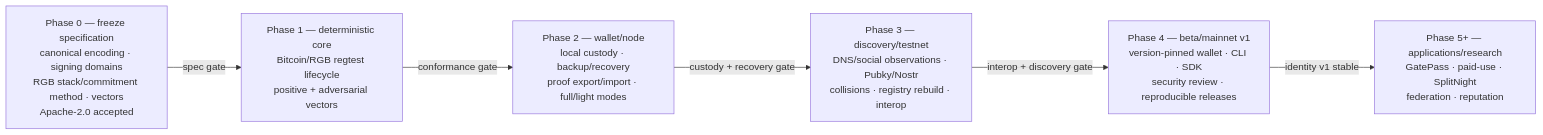
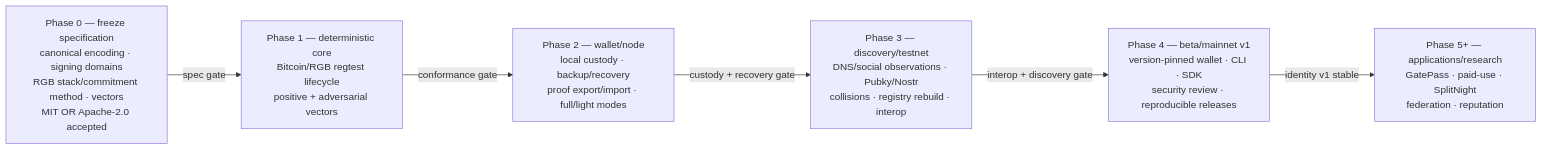
The first of 2 diagrams in docs/diagrams/06-deployment-pipeline.md (EdwinKestler/o2a-protocol), drawn with Mermaid before and after one commit. The commit also changed 14 other files, not shown here.

Commit message:
Adopt MIT or Apache-2.0 licensing

````diff
--- a/docs/diagrams/06-deployment-pipeline.md
+++ b/docs/diagrams/06-deployment-pipeline.md
@@ -5,15 +5,15 @@
 ```mermaid
 flowchart LR
-    P0["Phase 0 — freeze specification<br/>canonical encoding · signing domains<br/>RGB stack/commitment method · vectors<br/>Apache-2.0 accepted"]
+    P0["Phase 0 — freeze specification<br/>canonical encoding · signing domains<br/>RGB stack/commitment method · vectors<br/>MIT OR Apache-2.0 accepted"]
     P1["Phase 1 — deterministic core<br/>Bitcoin/RGB regtest lifecycle<br/>positive + adversarial vectors"]
     P2["Phase 2 — wallet/node<br/>local custody · backup/recovery<br/>proof export/import · full/light modes"]
     P3["Phase 3 — discovery/testnet<br/>DNS/social observations · Pubky/Nostr<br/>collisions · registry rebuild · interop"]
     P4["Phase 4 — beta/mainnet v1<br/>version-pinned wallet · CLI · SDK<br/>security review · reproducible releases"]
     P5["Phase 5+ — applications/research<br/>GatePass · paid-use · SplitNight<br/>federation · reputation"]
 
     P0 -->|"spec gate"| P1
     P1 -->|"conformance gate"| P2
     P2 -->|"custody + recovery gate"| P3
     P3 -->|"interop + discovery gate"| P4
     P4 -->|"identity v1 stable"| P5
 ```
````
